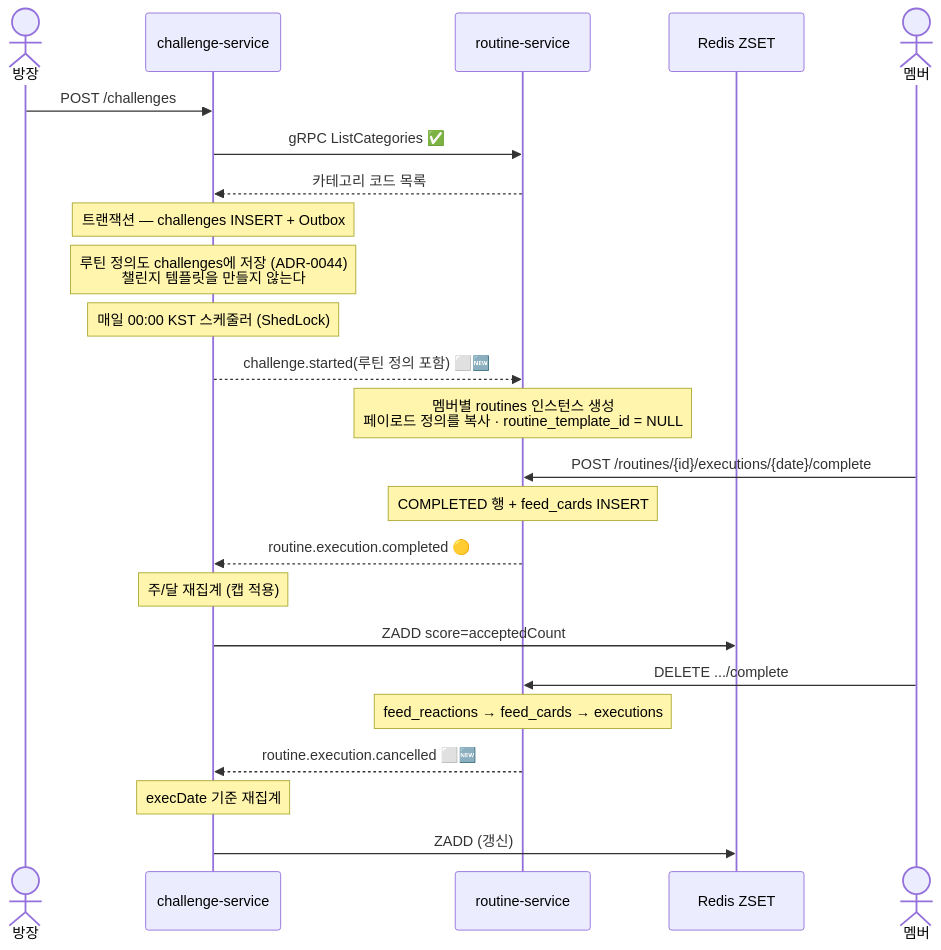
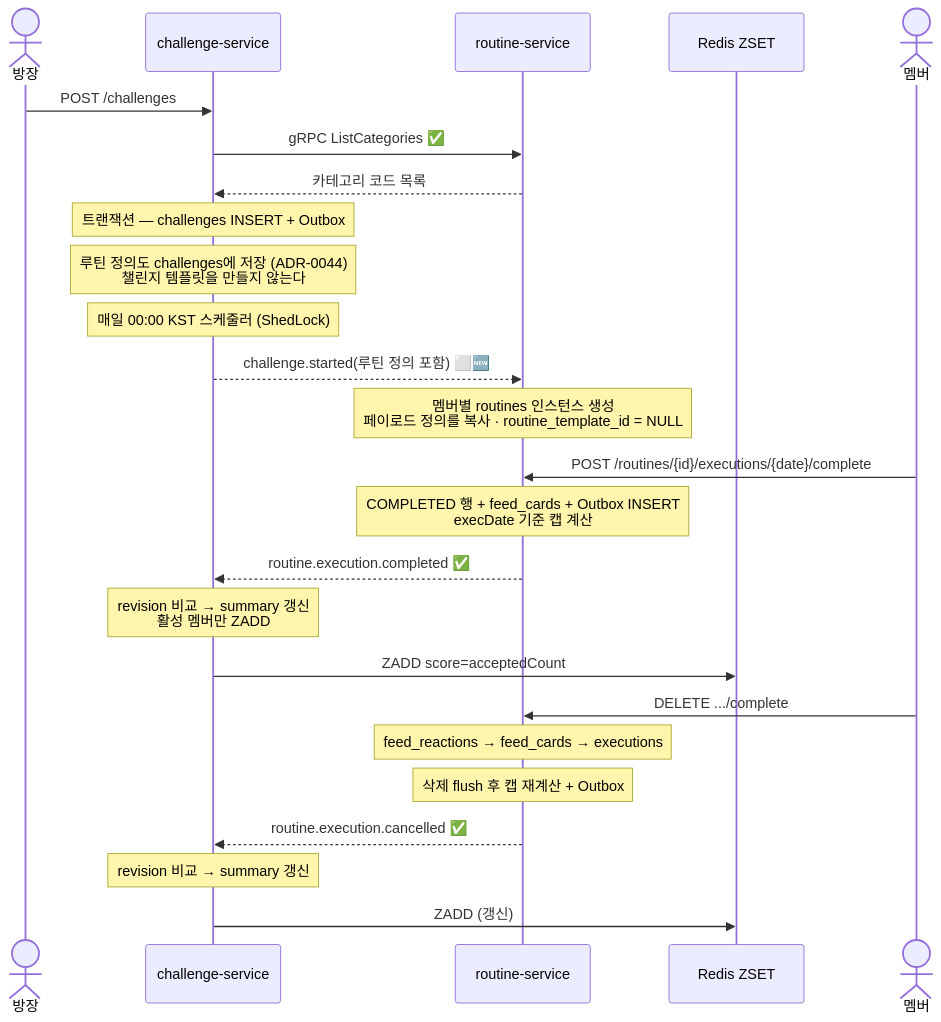
One commit to routinely-platform/routinely-backend changed the third of 4 diagrams in docs/architecture/service-interaction-map.md. Above: the diagram before and after it, drawn with Mermaid. The commit also changed other lines of this file and 46 other files, not shown here.

````diff
--- a/docs/architecture/service-interaction-map.md
+++ b/docs/architecture/service-interaction-map.md
@@ -137,30 +141,31 @@
 ```mermaid
 sequenceDiagram
   actor L as 방장
   participant C as challenge-service
   participant R as routine-service
   participant Rd as Redis ZSET
 
   L->>C: POST /challenges
   C->>R: gRPC ListCategories ✅
   R-->>C: 카테고리 코드 목록
   Note over C: 트랜잭션 — challenges INSERT + Outbox
   Note over C: 루틴 정의도 challenges에 저장 (ADR-0044)<br/>챌린지 템플릿을 만들지 않는다
 
   Note over C: 매일 00:00 KST 스케줄러 (ShedLock)
   C-->>R: challenge.started(루틴 정의 포함) ⬜🆕
   Note over R: 멤버별 routines 인스턴스 생성<br/>페이로드 정의를 복사 · routine_template_id = NULL
 
   actor M as 멤버
   M->>R: POST /routines/{id}/executions/{date}/complete
-  Note over R: COMPLETED 행 + feed_cards INSERT
-  R-->>C: routine.execution.completed 🟡
-  Note over C: 주/달 재집계 (캡 적용)
+  Note over R: COMPLETED 행 + feed_cards + Outbox INSERT<br/>execDate 기준 캡 계산
+  R-->>C: routine.execution.completed ✅
+  Note over C: revision 비교 → summary 갱신<br/>활성 멤버만 ZADD
   C->>Rd: ZADD score=acceptedCount
 
   M->>R: DELETE .../complete
   Note over R: feed_reactions → feed_cards → executions
-  R-->>C: routine.execution.cancelled ⬜🆕
-  Note over C: execDate 기준 재집계
+  Note over R: 삭제 flush 후 캡 재계산 + Outbox
+  R-->>C: routine.execution.cancelled ✅
+  Note over C: revision 비교 → summary 갱신
   C->>Rd: ZADD (갱신)
 ```
````
